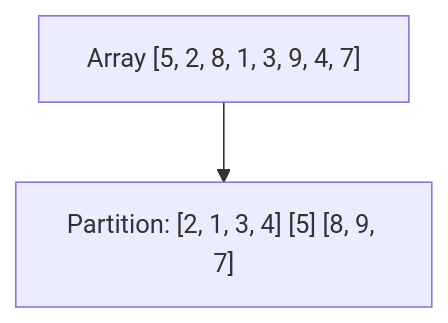
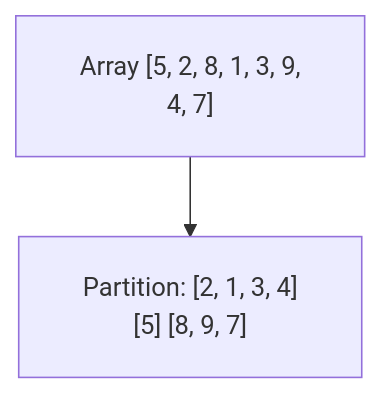
The diagram in week_03_foundations_iii_sorting_and_hashing/WEEK_03_FULL_PLAYBOOK.md (dip4k/DSA_102), drawn with Mermaid before and after one commit. The commit also changed 108 other files, not shown here.

First line of the commit message:
fix(mermaid): resolve diagram clipping, padding, and syntax issues across repo

````diff
--- a/week_03_foundations_iii_sorting_and_hashing/WEEK_03_FULL_PLAYBOOK.md
+++ b/week_03_foundations_iii_sorting_and_hashing/WEEK_03_FULL_PLAYBOOK.md
@@ -470,5 +470,6 @@
 ```mermaid
+%%{init: {"flowchart": {"htmlLabels": true, "padding": 20}}}%%
 flowchart TD
-    R["Array [5, 2, 8, 1, 3, 9, 4, 7]"]
-    R --> N1["Partition: [2, 1, 3, 4] [5] [8, 9, 7]"]
+    R["Array [5, 2, 8, 1, 3, 9,<br/>4, 7]"]
+    R --> N1["Partition: [2, 1, 3, 4]<br/>[5] [8, 9, 7]"]
 ```
````
